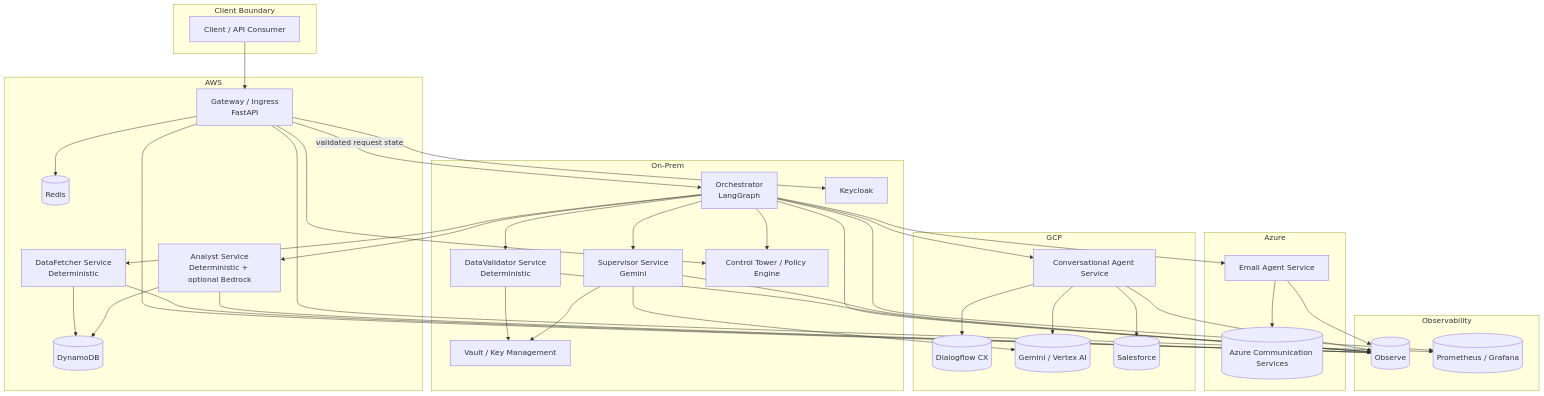
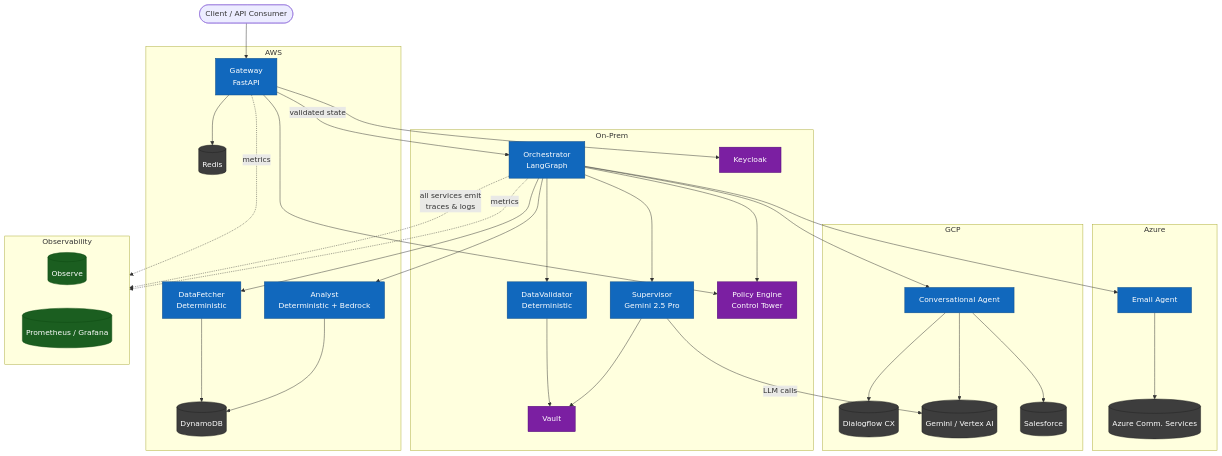
One commit to Xiaoxuan3x/mas-enterprise changed the second of 3 diagrams in ARCHITECTURE.md. Above: the diagram before and after it, drawn with Mermaid. The commit also changed other lines of this file, not shown here.

Commit message:
update c4 diagram

````diff
--- a/ARCHITECTURE.md
+++ b/ARCHITECTURE.md
@@ -33,76 +46,73 @@
 ```mermaid
 flowchart TB
-    subgraph client[Client Boundary]
-        caller[Client / API Consumer]
+    classDef service   fill:#1168bd,stroke:#0b4884,color:#fff
+    classDef datastore fill:#3d3d3d,stroke:#222,color:#fff
+    classDef security  fill:#7b1fa2,stroke:#4a0072,color:#fff
+    classDef observe   fill:#1b5e20,stroke:#0d4a12,color:#fff
+
+    caller(["Client / API Consumer"])
+
+    subgraph aws_zone ["AWS"]
+        gateway["Gateway\nFastAPI"]:::service
+        data_fetcher["DataFetcher\nDeterministic"]:::service
+        analyst_svc["Analyst\nDeterministic + Bedrock"]:::service
+        redis[("Redis")]:::datastore
+        dynamodb[("DynamoDB")]:::datastore
     end
 
-    subgraph aws[AWS]
-        gateway[Gateway / Ingress\nFastAPI]
-        data_fetcher[DataFetcher Service\nDeterministic]
-        analyst[Analyst Service\nDeterministic + optional Bedrock]
-        redis[(Redis)]
-        dynamodb[(DynamoDB)]
+    subgraph onprem_zone ["On-Prem"]
+        orchestrator["Orchestrator\nLangGraph"]:::service
+        data_validator["DataValidator\nDeterministic"]:::service
+        supervisor_svc["Supervisor\nGemini 2.5 Pro"]:::service
+        policy["Policy Engine\nControl Tower"]:::security
+        keycloak["Keycloak"]:::security
+        vault["Vault"]:::security
     end
 
-    subgraph onprem[On-Prem]
-        orchestrator[Orchestrator\nLangGraph]
-        data_validator[DataValidator Service\nDeterministic]
-        supervisor[Supervisor Service\nGemini]
-        policy[Control Tower / Policy Engine]
-        keycloak[Keycloak]
-        vault[Vault / Key Management]
+    subgraph azure_zone ["Azure"]
+        email_svc["Email Agent"]:::service
+        acs[("Azure Comm. Services")]:::datastore
     end
 
-    subgraph azure[Azure]
-        email[Email Agent Service]
-        acs[(Azure Communication Services)]
+    subgraph gcp_zone ["GCP"]
+        conv_svc["Conversational Agent"]:::service
+        dialogflow[("Dialogflow CX")]:::datastore
+        gemini_v[("Gemini / Vertex AI")]:::datastore
+        sf[("Salesforce")]:::datastore
     end
 
-    subgraph gcp[GCP]
-        conversational[Conversational Agent Service]
-        dialogflow[(Dialogflow CX)]
-        gemini[(Gemini / Vertex AI)]
-        sf[(Salesforce)]
-    end
-
-    subgraph obs[Observability]
-        observe[(Observe)]
-        prometheus[(Prometheus / Grafana)]
+    subgraph obs_zone ["Observability"]
+        direction LR
+        observe[("Observe")]:::observe
+        prometheus[("Prometheus / Grafana")]:::observe
     end
 
     caller --> gateway
-    gateway -->|validated request state| orchestrator
+    gateway -->|"validated state"| orchestrator
     gateway --> redis
     gateway --> keycloak
     gateway --> policy
 
     orchestrator --> data_fetcher
     orchestrator --> data_validator
-    orchestrator --> analyst
-    orchestrator --> supervisor
-    orchestrator --> email
-    orchestrator --> conversational
+    orchestrator --> analyst_svc
+    orchestrator --> supervisor_svc
+    orchestrator --> email_svc
+    orchestrator --> conv_svc
     orchestrator --> policy
 
     data_fetcher --> dynamodb
-    analyst --> dynamodb
-    supervisor --> gemini
-    email --> acs
-    conversational --> dialogflow
-    conversational --> gemini
-    conversational --> sf
+    analyst_svc --> dynamodb
+    supervisor_svc -->|"LLM calls"| gemini_v
+    data_validator --> vault
+    supervisor_svc --> vault
+    email_svc --> acs
+    conv_svc --> dialogflow
+    conv_svc --> gemini_v
+    conv_svc --> sf
 
-    gateway --> observe
-    orchestrator --> observe
-    data_fetcher --> observe
-    data_validator --> observe
-    analyst --> observe
-    supervisor --> observe
-    email --> observe
-    conversational --> observe
-
-    gateway --> prometheus
-    orchestrator --> prometheus
-    data_validator --> vault
-    supervisor --> vault
+    %% All services emit structured logs → Observe; gateway + orchestrator → Prometheus
+    orchestrator -.->|"all services emit\ntraces & logs"| observe
+    gateway -.->|"metrics"| prometheus
+    orchestrator -.->|"metrics"| prometheus
 ```
````
